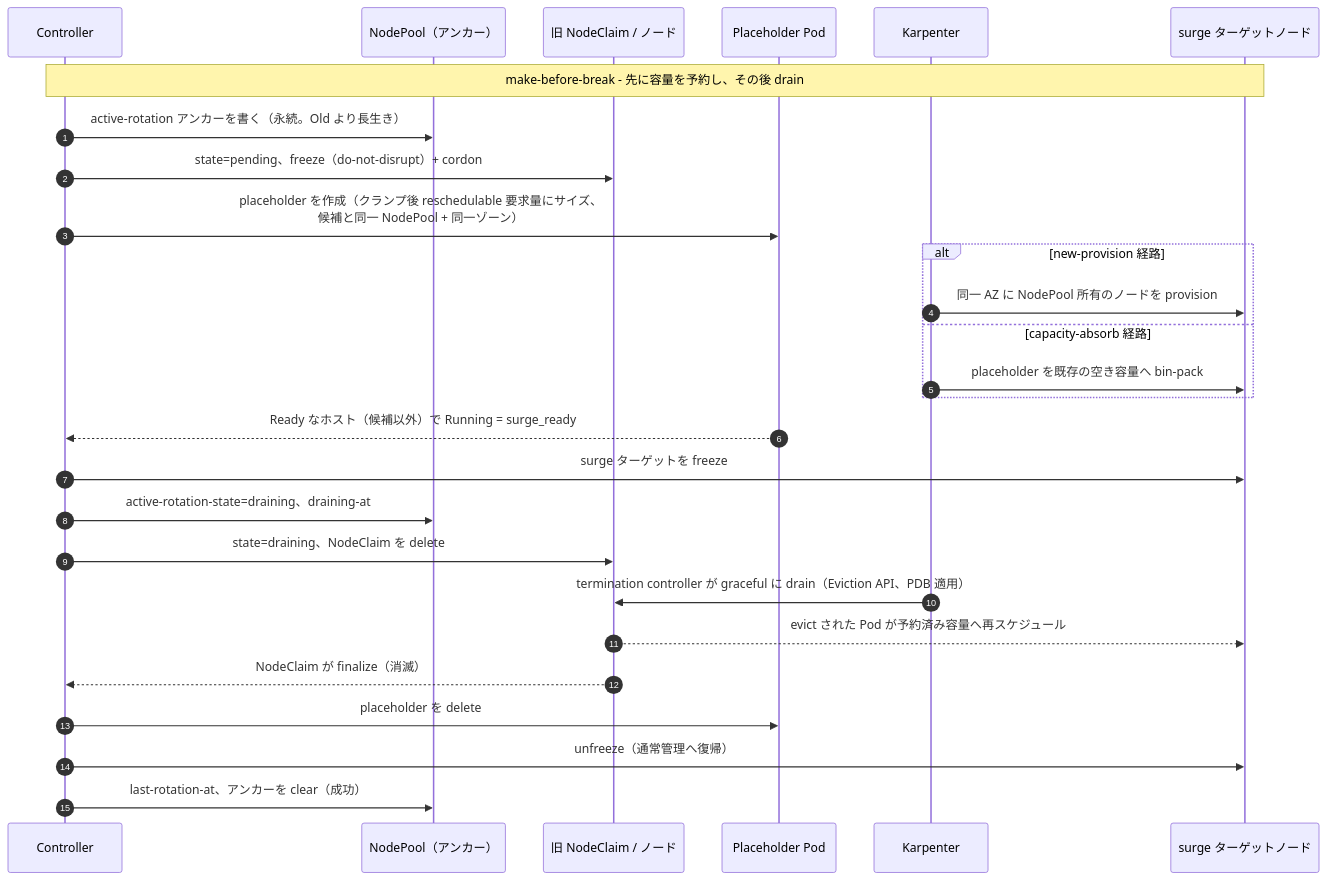
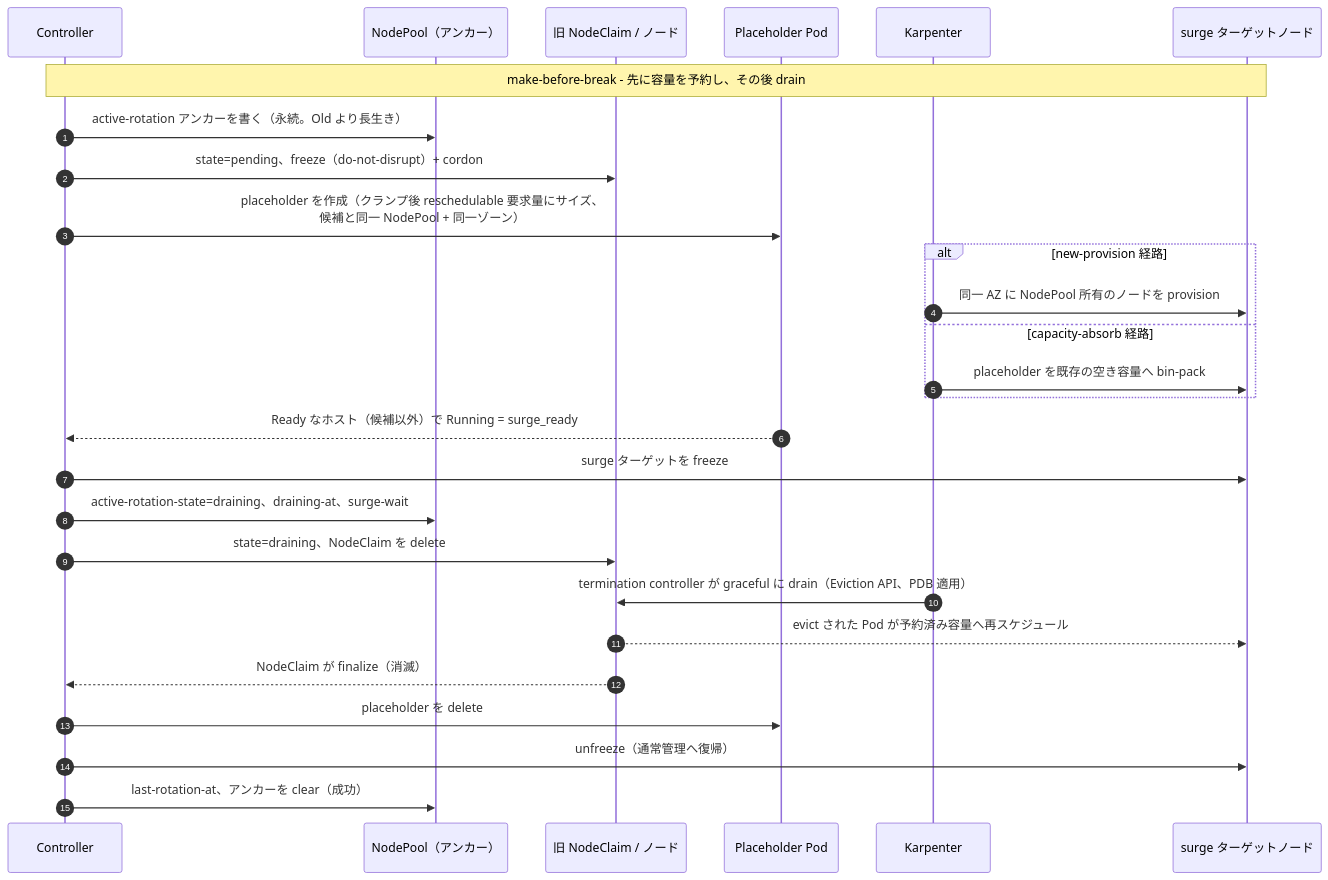
The second of 2 diagrams in docs/ja/specification/03-design.md (AkashiSN/node-rotation-controller), drawn with Mermaid before and after one commit. The commit also changed 10 other files, not shown here.

Commit message:
feat(observability): make `rotation complete` a self-contained line (surgeNode, total) (#229)

````diff
--- a/docs/ja/specification/03-design.md
+++ b/docs/ja/specification/03-design.md
@@ -185,30 +185,30 @@
 ```mermaid
 sequenceDiagram
     autonumber
     participant C as Controller
     participant NP as NodePool（アンカー）
     participant Old as 旧 NodeClaim / ノード
     participant PH as Placeholder Pod
     participant K as Karpenter
     participant New as surge ターゲットノード
 
     Note over C,New: make-before-break - 先に容量を予約し、その後 drain
     C->>NP: active-rotation アンカーを書く（永続。Old より長生き）
     C->>Old: state=pending、freeze（do-not-disrupt）+ cordon
     C->>PH: placeholder を作成（クランプ後 reschedulable 要求量にサイズ、<br/>候補と同一 NodePool + 同一ゾーン）
     alt new-provision 経路
         K->>New: 同一 AZ に NodePool 所有のノードを provision
     else capacity-absorb 経路
         K->>New: placeholder を既存の空き容量へ bin-pack
     end
     PH-->>C: Ready なホスト（候補以外）で Running = surge_ready
     C->>New: surge ターゲットを freeze
-    C->>NP: active-rotation-state=draining、draining-at
+    C->>NP: active-rotation-state=draining、draining-at、surge-wait
     C->>Old: state=draining、NodeClaim を delete
     K->>Old: termination controller が graceful に drain（Eviction API、PDB 適用）
     Old-->>New: evict された Pod が予約済み容量へ再スケジュール
     Old-->>C: NodeClaim が finalize（消滅）
     C->>PH: placeholder を delete
     C->>New: unfreeze（通常管理へ復帰）
     C->>NP: last-rotation-at、アンカーを clear（成功）
 ```
````
